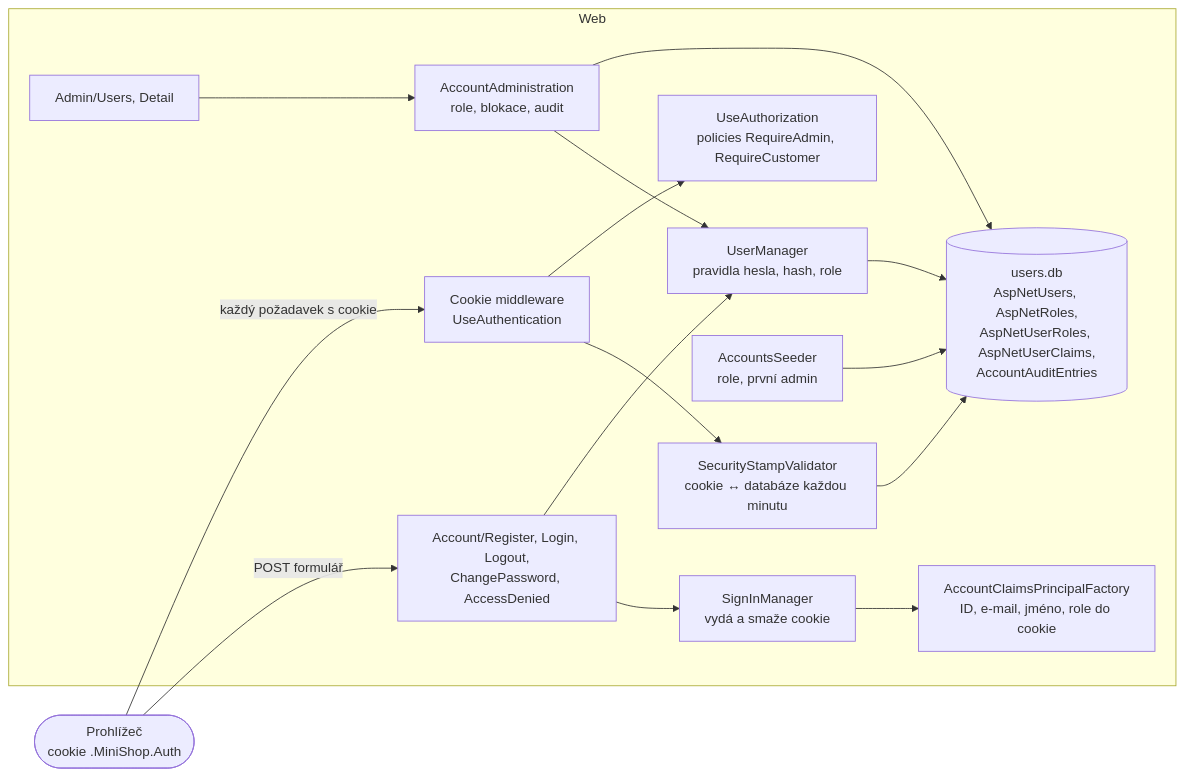
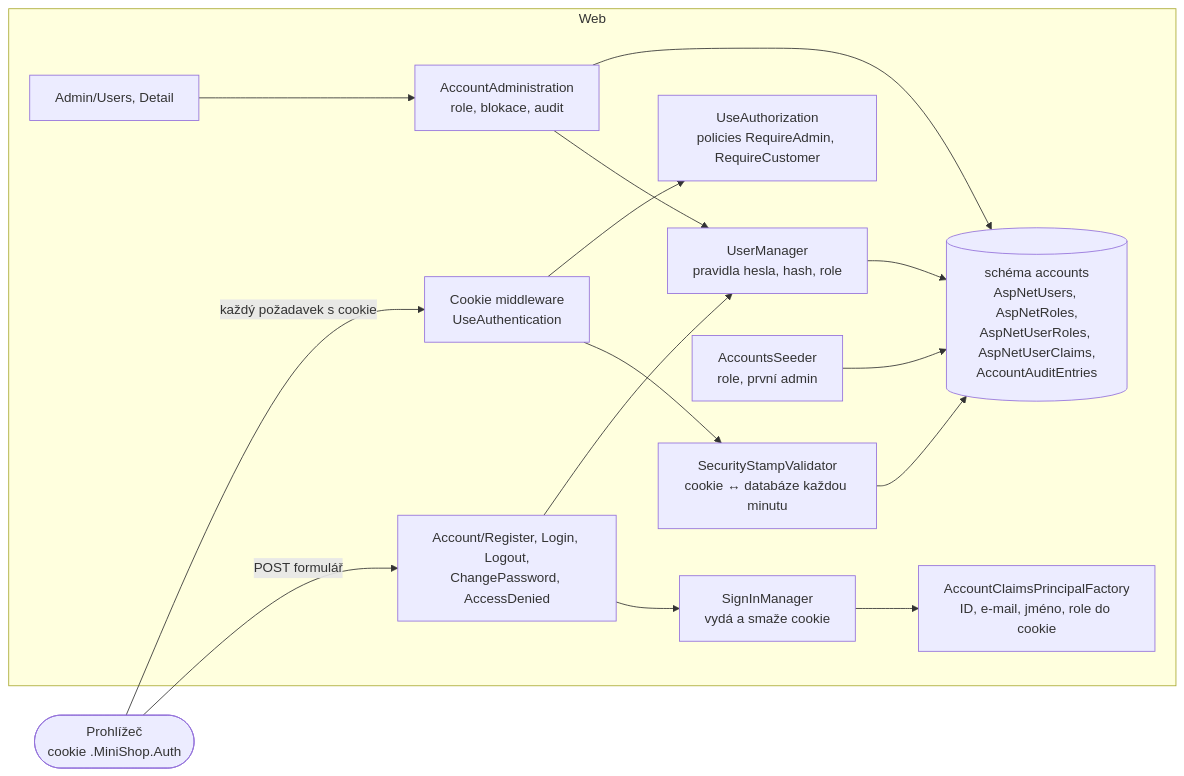
One commit to ftichy/MiniShop changed the fifth of 6 diagrams in docs/prirucka/architektura/moduly/accounts.md. Above: the diagram before and after it, drawn with Mermaid. The commit also changed other lines of this file and 248 other files, not shown here.

````diff
--- a/docs/prirucka/architektura/moduly/accounts.md
+++ b/docs/prirucka/architektura/moduly/accounts.md
@@ -208,32 +208,32 @@
 ```mermaid
 flowchart LR
     browser(["Prohlížeč<br/>cookie .MiniShop.Auth"])
 
     subgraph web["Web"]
         pages["Account/Register, Login, Logout,<br/>ChangePassword, AccessDenied"]
         cookie["Cookie middleware<br/>UseAuthentication"]
         authz["UseAuthorization<br/>policies RequireAdmin, RequireCustomer"]
         signin["SignInManager<br/>vydá a smaže cookie"]
         users["UserManager<br/>pravidla hesla, hash, role"]
         factory["AccountClaimsPrincipalFactory<br/>ID, e-mail, jméno, role do cookie"]
         seeder["AccountsSeeder<br/>role, první admin"]
         adminPages["Admin/Users, Detail"]
         administration["AccountAdministration<br/>role, blokace, audit"]
         stamp["SecurityStampValidator<br/>cookie ↔ databáze každou minutu"]
-        db[("users.db<br/>AspNetUsers, AspNetRoles,<br/>AspNetUserRoles, AspNetUserClaims,<br/>AccountAuditEntries")]
+        db[("schéma accounts<br/>AspNetUsers, AspNetRoles,<br/>AspNetUserRoles, AspNetUserClaims,<br/>AccountAuditEntries")]
     end
 
     browser -->|"POST formulář"| pages
     pages --> signin
     pages --> users
     signin --> factory
     users --> db
     seeder --> db
     adminPages --> administration
     administration --> users
     administration --> db
     cookie --> stamp
     stamp --> db
     browser -->|"každý požadavek s cookie"| cookie
     cookie --> authz
 ```
````
